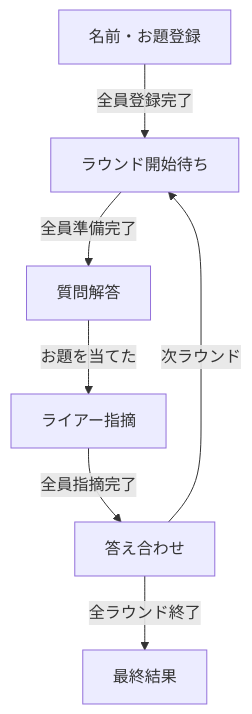
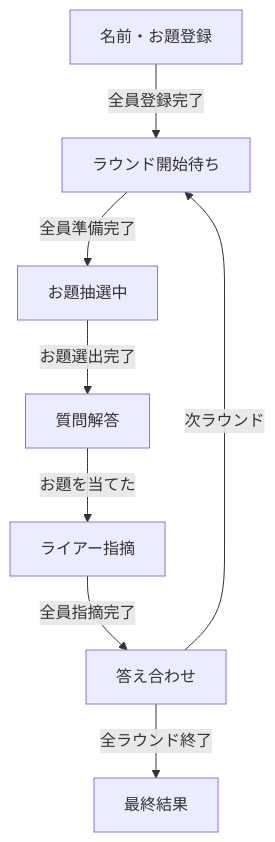
One commit to Freeesia/korenan changed the diagram in memo.md. Above: the diagram before and after it, drawn with Mermaid. The commit also changed other lines of this file and 5 other files, not shown here.

````diff
--- a/memo.md
+++ b/memo.md
@@ -100,9 +104,10 @@
 ```mermaid
 graph TD
   A[名前・お題登録] -->|全員登録完了| B[ラウンド開始待ち]
-  B -->|全員準備完了| C[質問解答]
+  B -->|全員準備完了| G[お題抽選中]
+  G -->|お題選出完了| C[質問解答]
   C -->|お題を当てた| D[ライアー指摘]
   D -->|全員指摘完了| E[答え合わせ]
   E -->|次ラウンド| B
   E -->|全ラウンド終了| F[最終結果]
 ```
````
